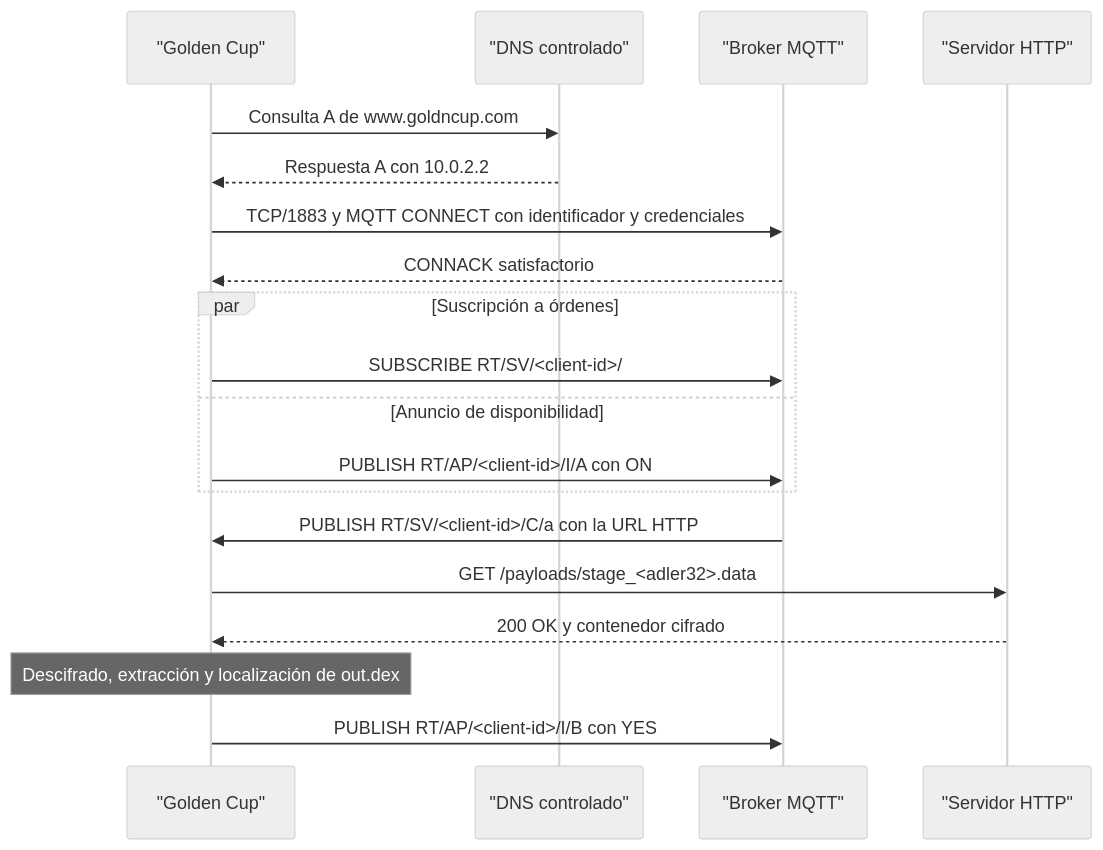
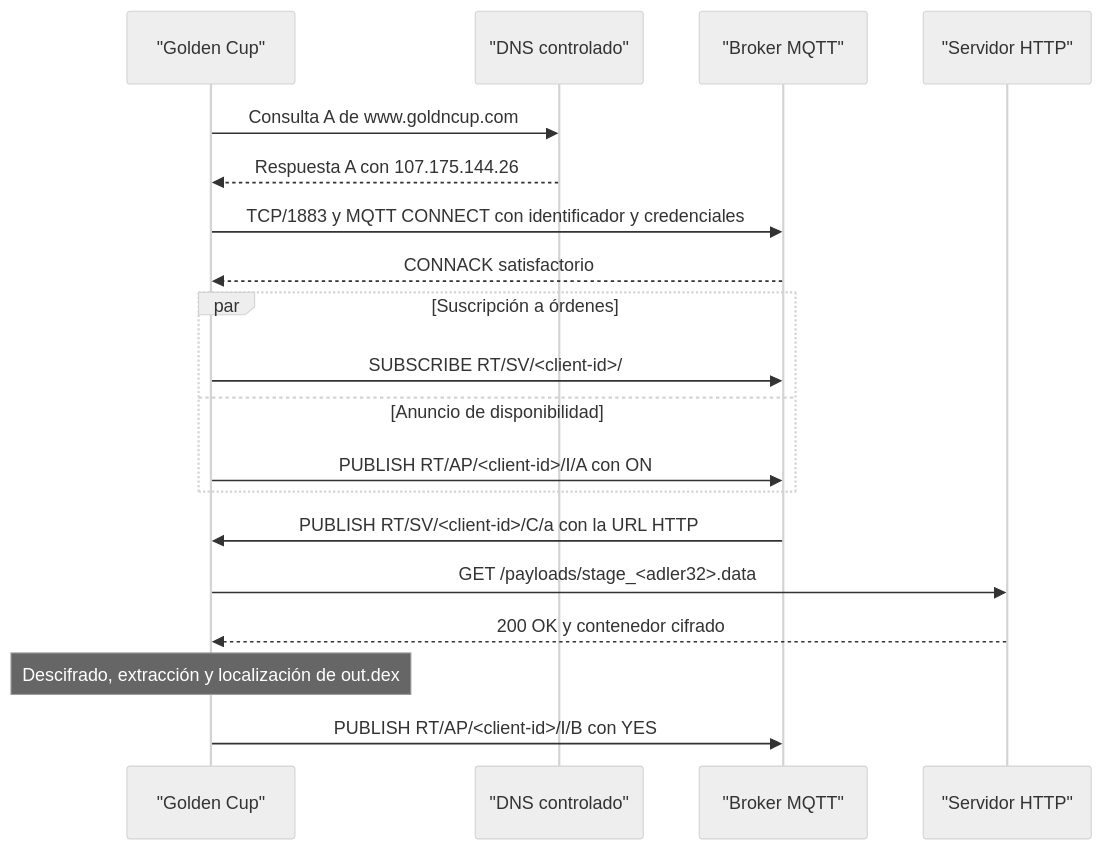
Before and after one commit to Juan-dpa/MITRE-Mobile-Network-Detection-Analysis: the diagram in Documentos/Markdowns/S0535-GoldenCup.md, drawn with Mermaid (neutral theme). The commit also changed other lines of this file and 350 other files, not shown here.

````diff
--- a/Documentos/Markdowns/S0535-GoldenCup.md
+++ b/Documentos/Markdowns/S0535-GoldenCup.md
@@ -373,22 +363,22 @@
 ```mermaid
 sequenceDiagram
     participant V as "Golden Cup"
     participant D as "DNS controlado"
     participant M as "Broker MQTT"
     participant H as "Servidor HTTP"
 
     V->>D: Consulta A de www.goldncup.com
-    D-->>V: Respuesta A con 10.0.2.2
+    D-->>V: Respuesta A con 107.175.144.26
     V->>M: TCP/1883 y MQTT CONNECT con identificador y credenciales
     M-->>V: CONNACK satisfactorio
     par Suscripción a órdenes
         V->>M: SUBSCRIBE RT/SV/<client-id>/# con QoS 2
     and Anuncio de disponibilidad
         V->>M: PUBLISH RT/AP/<client-id>/I/A con ON
     end
     M->>V: PUBLISH RT/SV/<client-id>/C/a con la URL HTTP
     V->>H: GET /payloads/stage_<adler32>.data
     H-->>V: 200 OK y contenedor cifrado
     Note over V: Descifrado, extracción y localización de out.dex
     V->>M: PUBLISH RT/AP/<client-id>/I/B con YES
 ```
````
